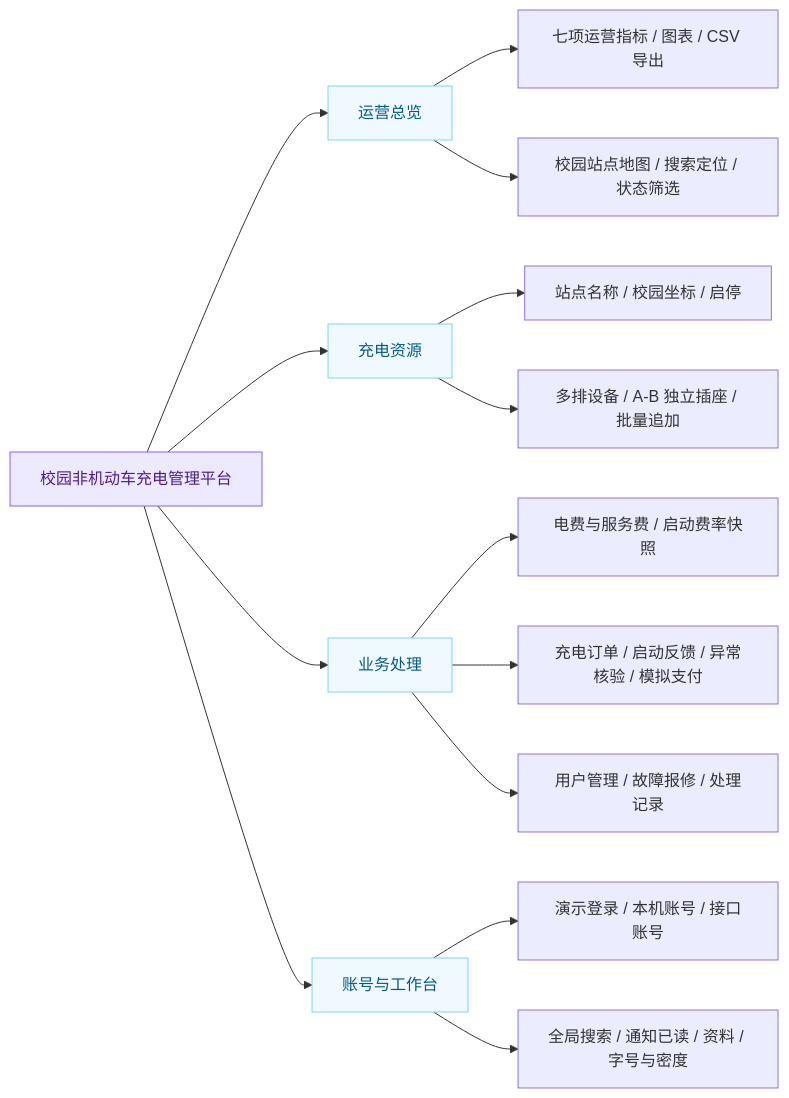
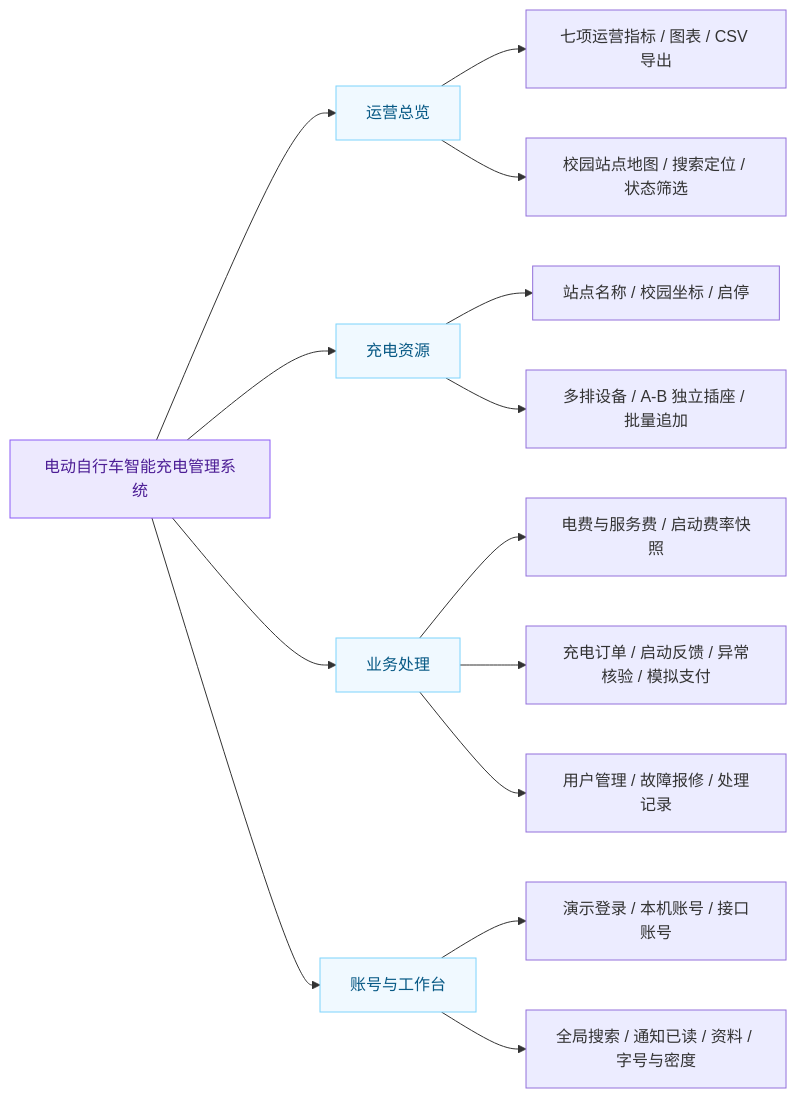
One commit to ifox-hu/campus-ebike-charging changed the diagram in docs/diagrams/modules.mmd. Above: the diagram before and after it, drawn with Mermaid. The commit also changed 39 other files, not shown here.

```diff
--- a/docs/diagrams/modules.mmd
+++ b/docs/diagrams/modules.mmd
@@ -1,19 +1,19 @@
 flowchart LR
-  Root["校园非机动车充电管理平台"]
+  Root["电动自行车智能充电管理系统"]
   Root --> Operations["运营总览"]
   Root --> Resources["充电资源"]
   Root --> Business["业务处理"]
   Root --> Tools["账号与工作台"]
   Operations --> Metrics["七项运营指标 / 图表 / CSV 导出"]
   Operations --> Map["校园站点地图 / 搜索定位 / 状态筛选"]
   Resources --> Sites["站点名称 / 校园坐标 / 启停"]
   Resources --> Layout["多排设备 / A-B 独立插座 / 批量追加"]
   Business --> Rates["电费与服务费 / 启动费率快照"]
   Business --> Orders["充电订单 / 启动反馈 / 异常核验 / 模拟支付"]
   Business --> Repairs["用户管理 / 故障报修 / 处理记录"]
   Tools --> Login["演示登录 / 本机账号 / 接口账号"]
   Tools --> Utilities["全局搜索 / 通知已读 / 资料 / 字号与密度"]
   classDef main fill:#ede9fe,stroke:#8b5cf6,color:#4c1d95
   classDef branch fill:#f0f9ff,stroke:#7dd3fc,color:#075985
   class Root main
   class Operations,Resources,Business,Tools branch
```
